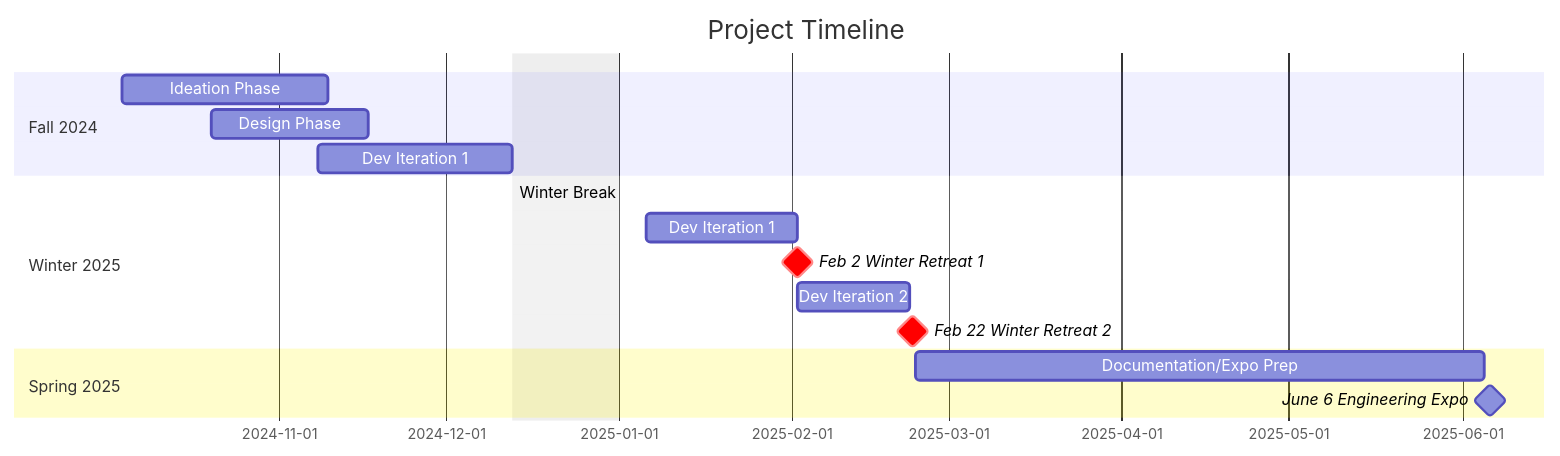
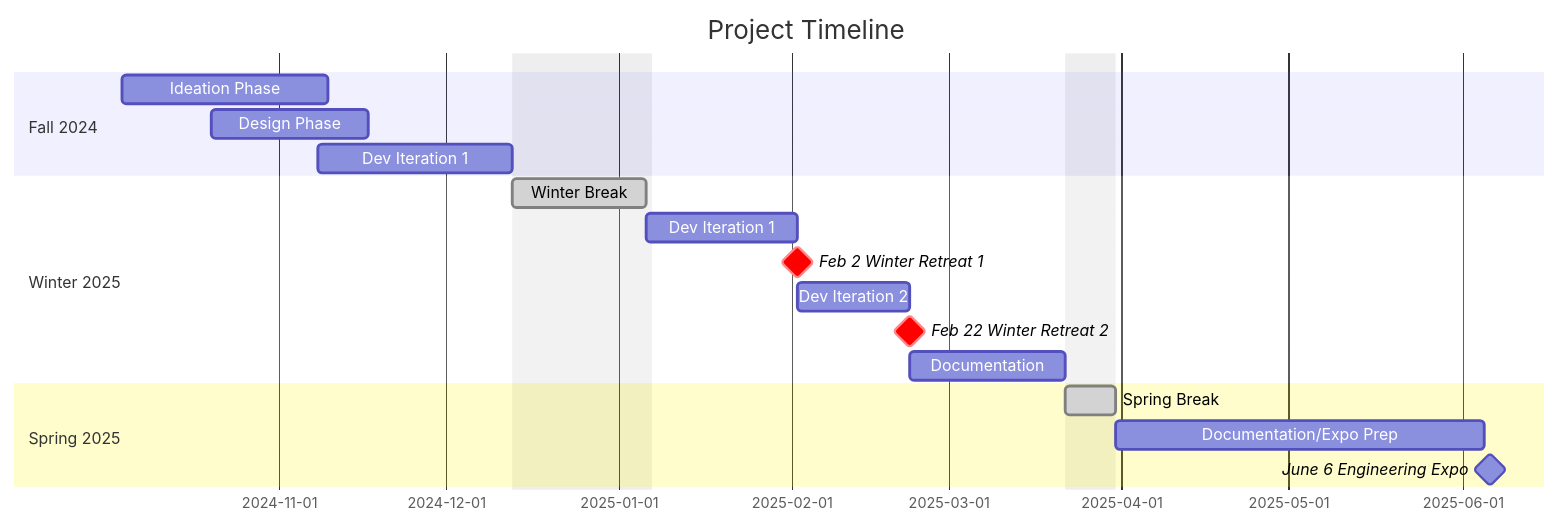
One commit to zieglben/humanrobotretreat changed the diagram in README.md. Above: the diagram before and after it, drawn with Mermaid.

````diff
--- a/README.md
+++ b/README.md
@@ -64,22 +64,24 @@
 ```mermaid
     gantt
     dateFormat  YYYY-MM-DD
     title Project Timeline
-    excludes 2024-12-13, 2024-12-14, 2024-12-15, 2024-12-16, 2024-12-17, 2024-12-18, 2024-12-19, 2024-12-20, 2024-12-21, 2024-12-22, 2024-12-23, 2024-12-24, 2024-12-25, 2024-12-26, 2024-12-27, 2024-12-28, 2024-12-29, 2024-12-30, 2024-12-31, 2025-1-1, 2025-1-2, 2025-1-3, 2025-1-4, 2025-1-6
+    excludes 2024-12-13, 2024-12-14, 2024-12-15, 2024-12-16, 2024-12-17, 2024-12-18, 2024-12-19, 2024-12-20, 2024-12-21, 2024-12-22, 2024-12-23, 2024-12-24, 2024-12-25, 2024-12-26, 2024-12-27, 2024-12-28, 2024-12-29, 2024-12-30, 2024-12-31, 2025-01-01, 2025-01-02, 2025-01-03, 2025-01-04, 2025-01-05, 2025-01-06, 2025-03-22, 2025-03-23, 2025-03-24, 2025-03-25, 2025-03-26, 2025-03-27, 2025-03-28, 2025-03-29, 2025-03-30
 
     section Fall 2024
     Ideation Phase           :ideate, 2024-10-4, 2024-11-10
     Design Phase             :design, 2024-10-20, 2024-11-17
     Dev Iteration 1          :dev1, 2024-11-8, 2024-12-13
 
     section Winter 2025
-    Winter Break             :break, after dev1, 2025-1-6
-    Dev Iteration 1          :dev1_2, 2025-1-6, until retreat1
-    Feb 2 Winter Retreat 1   :crit,milestone, retreat1, 2025-02-02, 0d
+    Winter Break             :done, break, after dev1, 2025-01-06
+    Dev Iteration 1          :dev12, 2025-01-06, until retreat1
+    Feb 2 Winter Retreat 1   :crit, milestone, retreat1, 2025-02-02, 0d
     Dev Iteration 2          :dev2, after retreat1, until retreat2
-    Feb 22 Winter Retreat 2         :crit, milestone, retreat2, 2025-02-22, until docs
+    Feb 22 Winter Retreat 2         :crit, milestone, retreat2, 2025-02-22, 0d
+    Documentation            :docs0, after retreat2, 2025-03-22
 
     section Spring 2025
-    Documentation/Expo Prep  :docs, 2025-02-23, 2025-06-05
+    Spring Break             :done, break2, 2025-03-22, 2025-03-31
+    Documentation/Expo Prep  :docs, 2025-03-31, 2025-06-05
     June 6 Engineering Expo    :milestone, expo, 2025-06-06, 0d
 ```
````
